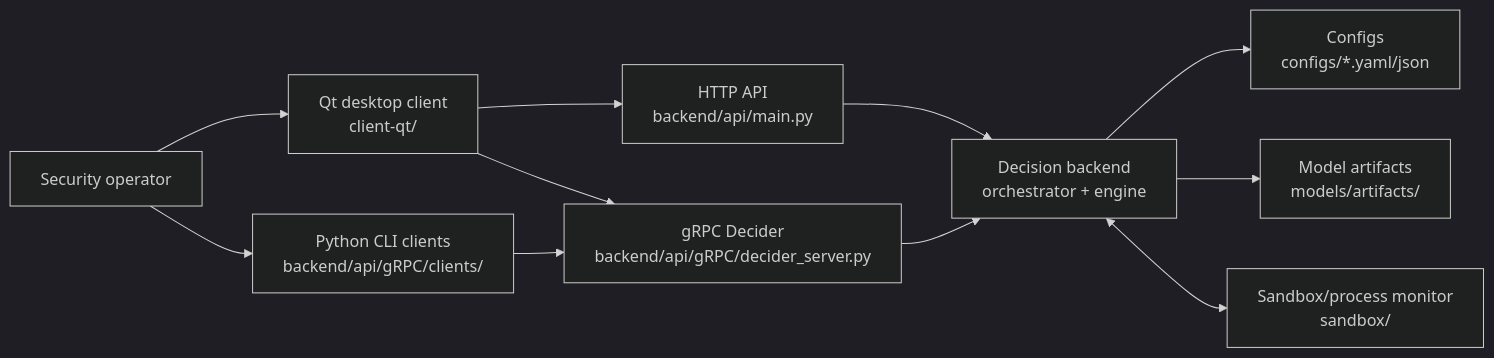
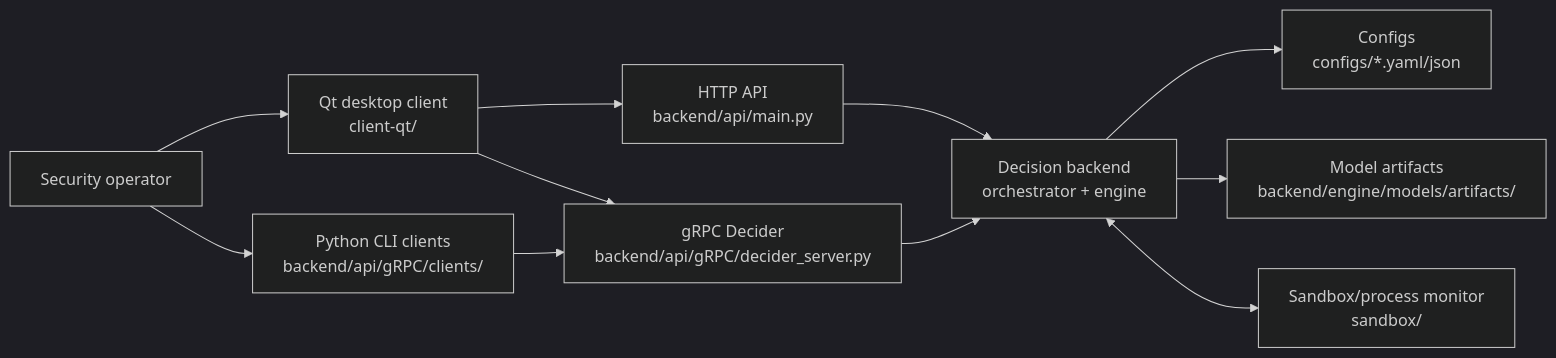
The first of 8 diagrams in docs/ARCHITECTURE.md (Wahid7852/rakshak), drawn with Mermaid (dark theme) before and after one commit. The commit also changed other lines of this file and 73 other files, not shown here.

````diff
--- a/docs/ARCHITECTURE.md
+++ b/docs/ARCHITECTURE.md
@@ -30,23 +30,23 @@
 ```mermaid
 flowchart LR
     Operator["Security operator"]
     Qt["Qt desktop client<br/>client-qt/"]
     PyClient["Python CLI clients<br/>backend/api/gRPC/clients/"]
     FastAPI["HTTP API<br/>backend/api/main.py"]
     GRPC["gRPC Decider<br/>backend/api/gRPC/decider_server.py"]
     Backend["Decision backend<br/>orchestrator + engine"]
     Configs["Configs<br/>configs/*.yaml/json"]
-    Artifacts["Model artifacts<br/>models/artifacts/"]
+    Artifacts["Model artifacts<br/>backend/engine/models/artifacts/"]
     Sandbox["Sandbox/process monitor<br/>sandbox/"]
 
     Operator --> Qt
     Operator --> PyClient
     Qt --> FastAPI
     Qt --> GRPC
     PyClient --> GRPC
     FastAPI --> Backend
     GRPC --> Backend
     Backend --> Configs
     Backend --> Artifacts
     Backend <--> Sandbox
 ```
````
